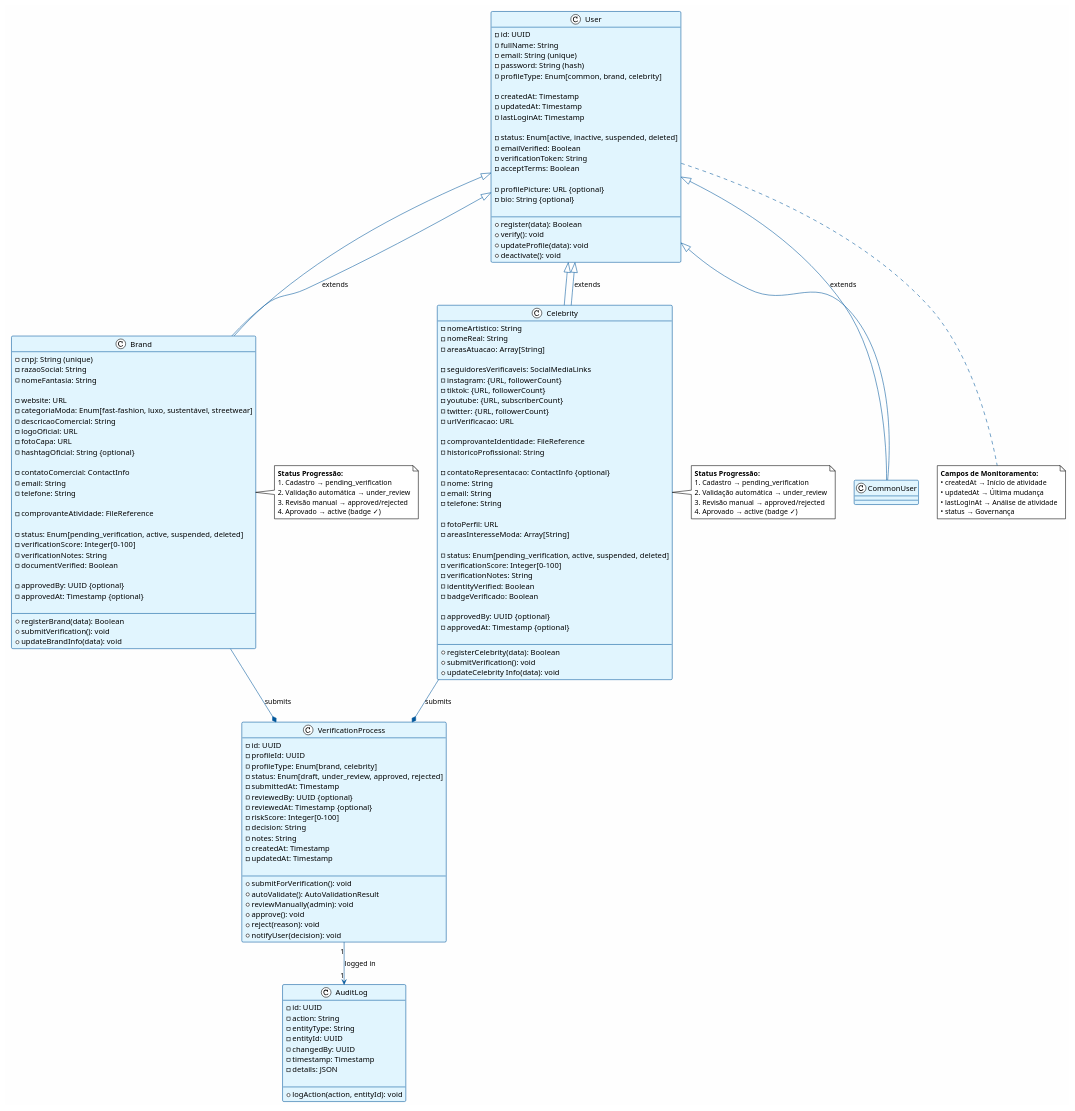
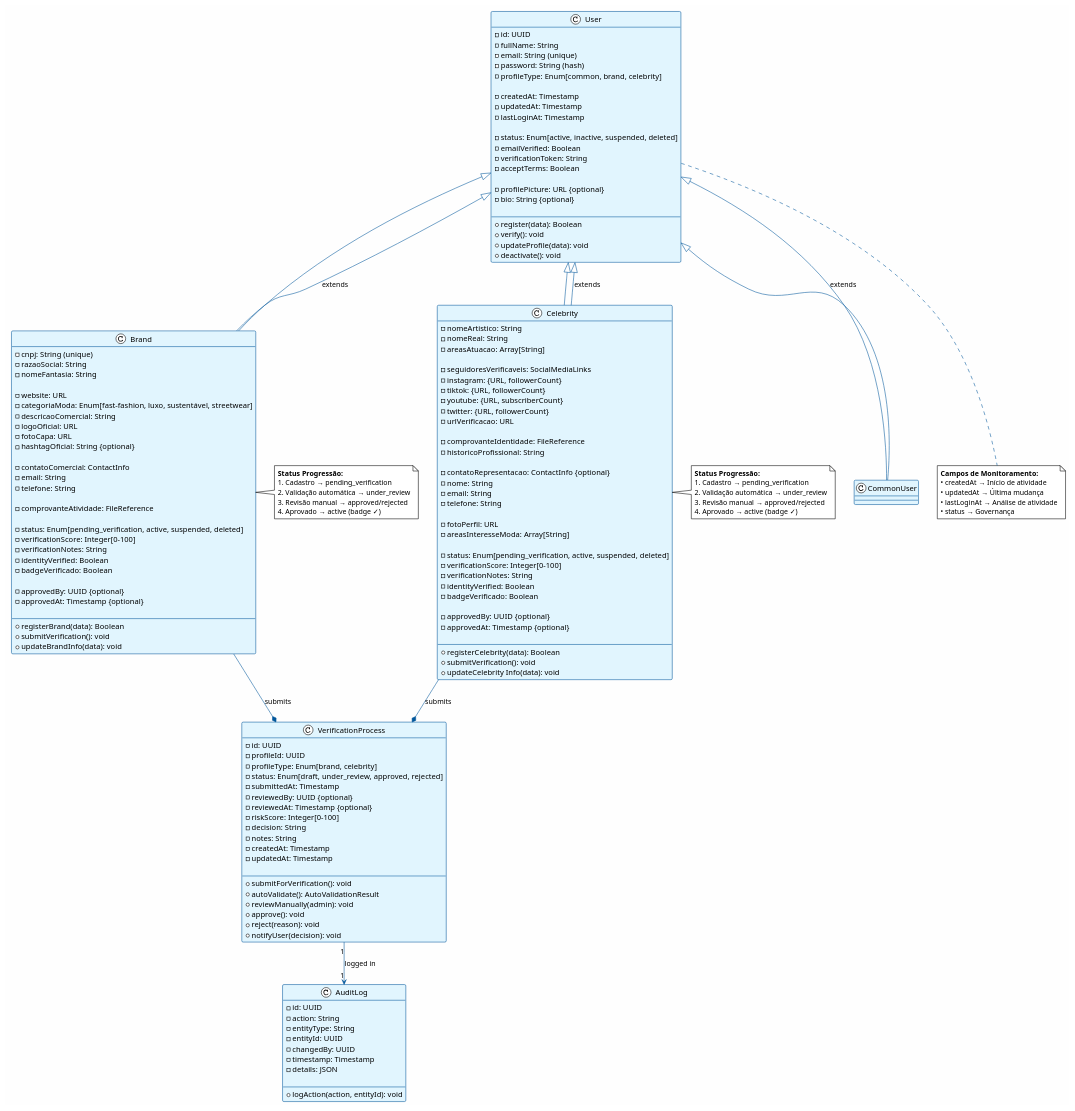
The first of 2 diagrams in HU01.puml (MatheusHaliski/SAI-TCC-2026), drawn with PlantUML before and after one commit. The commit also changed 1 other file, not shown here.

Commit message:
HU01: Padronizar campos de Brand com identityVerified e badgeVerificado (igual Celebrity)

```diff
--- a/HU01.puml
+++ b/HU01.puml
@@ -77,7 +77,8 @@
     - status: Enum[pending_verification, active, suspended, deleted]
     - verificationScore: Integer[0-100]
     - verificationNotes: String
-    - documentVerified: Boolean
+    - identityVerified: Boolean
+    - badgeVerificado: Boolean
 
     ' Aprovação
     - approvedBy: UUID {optional}
```
